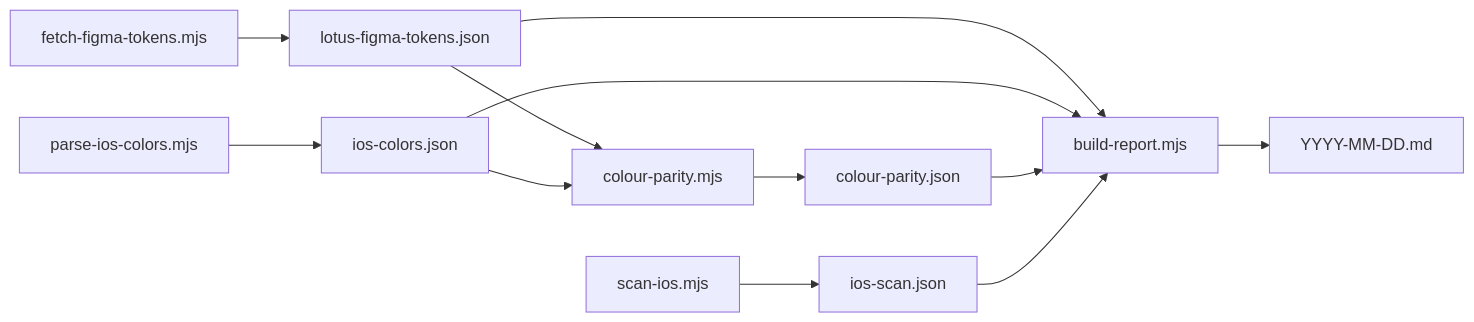
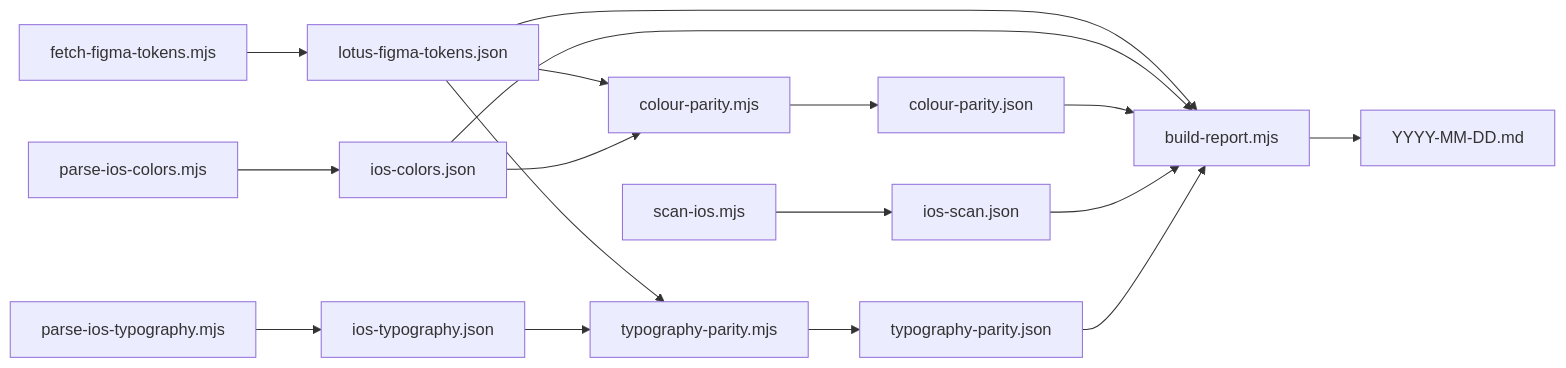
The diagram in .claude/skills/lotus-audit-ios/SKILL.md (parkhub/Lotus), drawn with Mermaid before and after one commit. The commit also changed other lines of this file and 3 other files, not shown here.

````diff
--- a/.claude/skills/lotus-audit-ios/SKILL.md
+++ b/.claude/skills/lotus-audit-ios/SKILL.md
@@ -108,14 +108,19 @@
 ```mermaid
 flowchart LR
   A[fetch-figma-tokens.mjs] --> P1[lotus-figma-tokens.json]
   B[parse-ios-colors.mjs] --> P2[ios-colors.json]
+  T[parse-ios-typography.mjs] --> P5[ios-typography.json]
   P1 --> C[colour-parity.mjs]
   P2 --> C
   C --> P3[colour-parity.json]
+  P1 --> Tp[typography-parity.mjs]
+  P5 --> Tp
+  Tp --> P6[typography-parity.json]
   D[scan-ios.mjs] --> P4[ios-scan.json]
   P1 --> E[build-report.mjs]
   P2 --> E
   P3 --> E
   P4 --> E
+  P6 --> E
   E --> R[YYYY-MM-DD.md]
 ```
````
